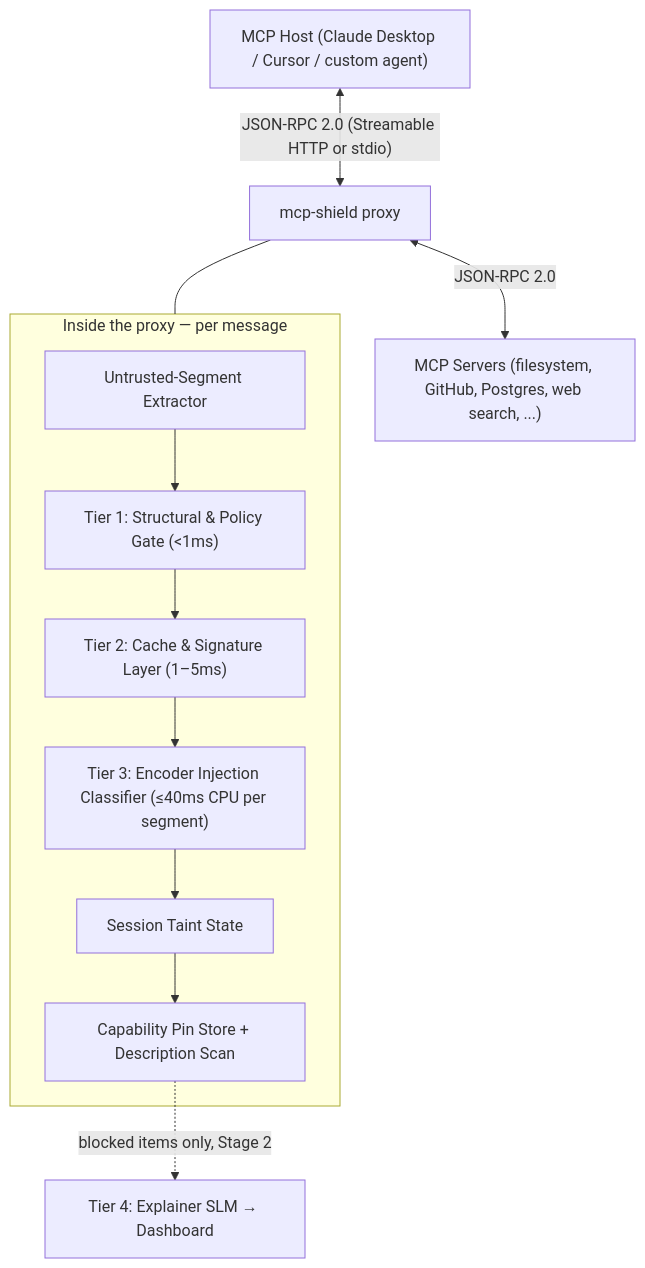
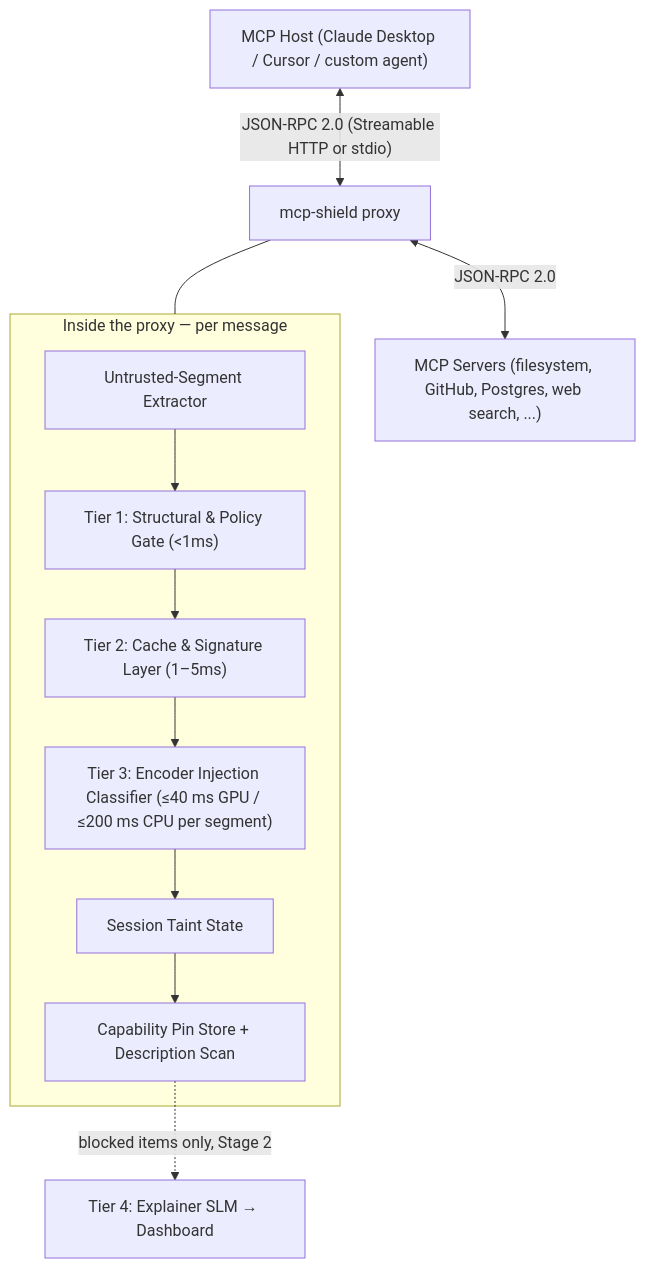
Before and after one commit to rishikeshvarma/MCP-Shield: the diagram in 00 - Master Architecture & Overview.md, drawn with Mermaid. The commit also changed other lines of this file and 13 other files, not shown here.

First line of the commit message:
Fix table rendering in Review-2 content; export diagrams as PNGs

````diff
--- a/00 - Master Architecture & Overview.md
+++ b/00 - Master Architecture & Overview.md
@@ -68,16 +68,16 @@
 ```mermaid
 graph TD
     Host["MCP Host (Claude Desktop / Cursor / custom agent)"] <-->|"JSON-RPC 2.0 (Streamable HTTP or stdio)"| Proxy["mcp-shield proxy"]
     Proxy <-->|"JSON-RPC 2.0"| Servers["MCP Servers (filesystem, GitHub, Postgres, web search, ...)"]
 
     subgraph Inside["Inside the proxy — per message"]
         Ext["Untrusted-Segment Extractor"] --> T1["Tier 1: Structural & Policy Gate (<1ms)"]
         T1 --> T2["Tier 2: Cache & Signature Layer (1–5ms)"]
-        T2 --> T3["Tier 3: Encoder Injection Classifier (≤40ms CPU per segment)"]
+        T2 --> T3["Tier 3: Encoder Injection Classifier (≤40 ms GPU / ≤200 ms CPU per segment)"]
         T3 --> Taint["Session Taint State"]
         Taint --> Pin["Capability Pin Store + Description Scan"]
     end
 
     Proxy --- Inside
     Pin -.->|"blocked items only, Stage 2"| T4["Tier 4: Explainer SLM → Dashboard"]
 ```
````
